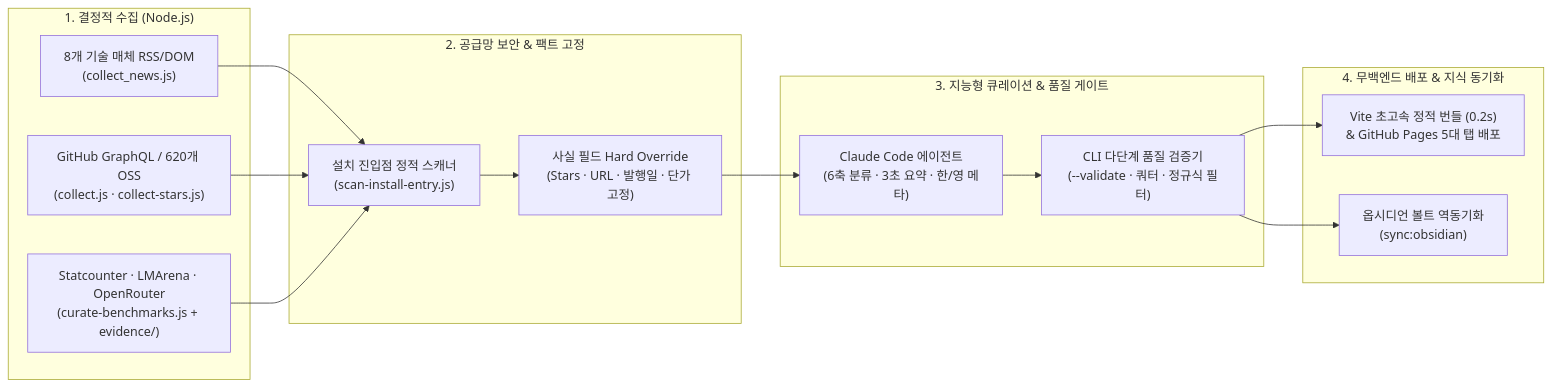
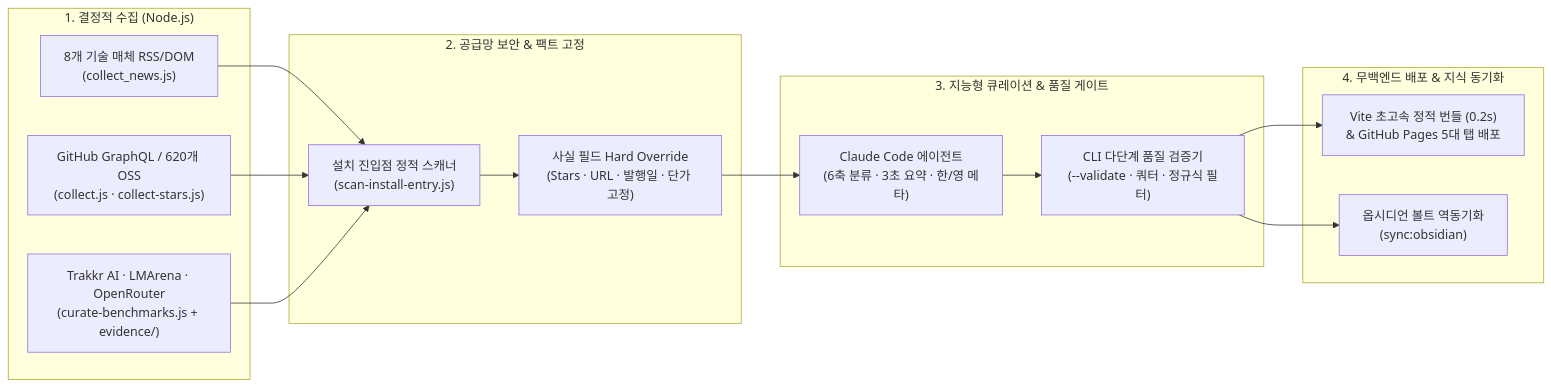
Before and after one commit to ldk-hub/ai-weekly: the diagram in README.md, drawn with Mermaid. The commit also changed other lines of this file and 12 other files, not shown here.

First line of the commit message:
feat(benchmarks): calibrate referral market share with Trakkr AI Index (2026-11-04)

````diff
--- a/README.md
+++ b/README.md
@@ -31,25 +31,25 @@
 ```mermaid
 flowchart LR
     subgraph Collect["1. 결정적 수집 (Node.js)"]
         S1["8개 기술 매체 RSS/DOM\n(collect_news.js)"]
         S2["GitHub GraphQL / 620개 OSS\n(collect.js · collect-stars.js)"]
-        S3["Statcounter · LMArena · OpenRouter\n(curate-benchmarks.js + evidence/)"]
+        S3["Trakkr AI · LMArena · OpenRouter\n(curate-benchmarks.js + evidence/)"]
     end
 
     subgraph Guard["2. 공급망 보안 & 팩트 고정"]
         G1["설치 진입점 정적 스캐너\n(scan-install-entry.js)"]
         G2["사실 필드 Hard Override\n(Stars · URL · 발행일 · 단가 고정)"]
     end
 
     subgraph Curate["3. 지능형 큐레이션 & 품질 게이트"]
         C1["Claude Code 에이전트\n(6축 분류 · 3초 요약 · 한/영 메타)"]
         C2["CLI 다단계 품질 검증기\n(--validate · 쿼터 · 정규식 필터)"]
     end
 
     subgraph Publish["4. 무백엔드 배포 & 지식 동기화"]
         P1["Vite 초고속 정적 번들 (0.2s)\n& GitHub Pages 5대 탭 배포"]
         P2["옵시디언 볼트 역동기화\n(sync:obsidian)"]
     end
 
     S1 & S2 & S3 --> G1 --> G2 --> C1 --> C2 --> P1 & P2
 ```
````
